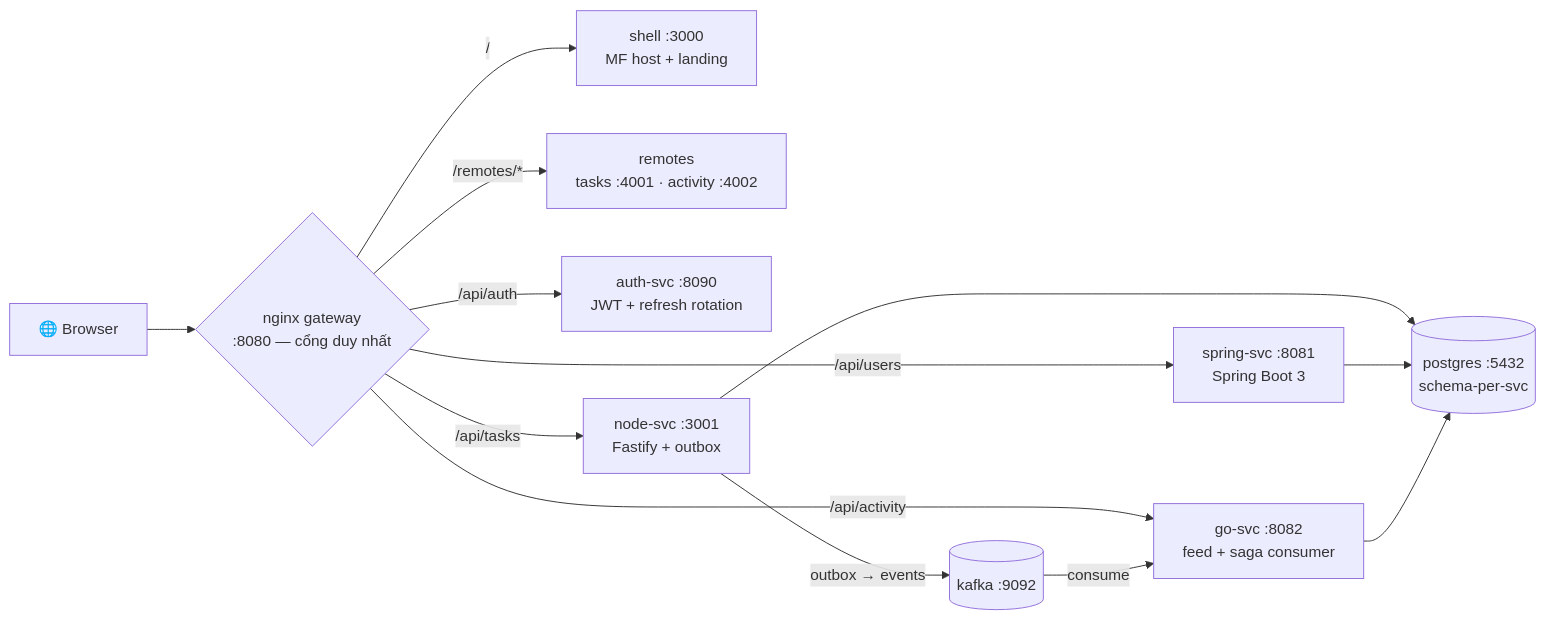
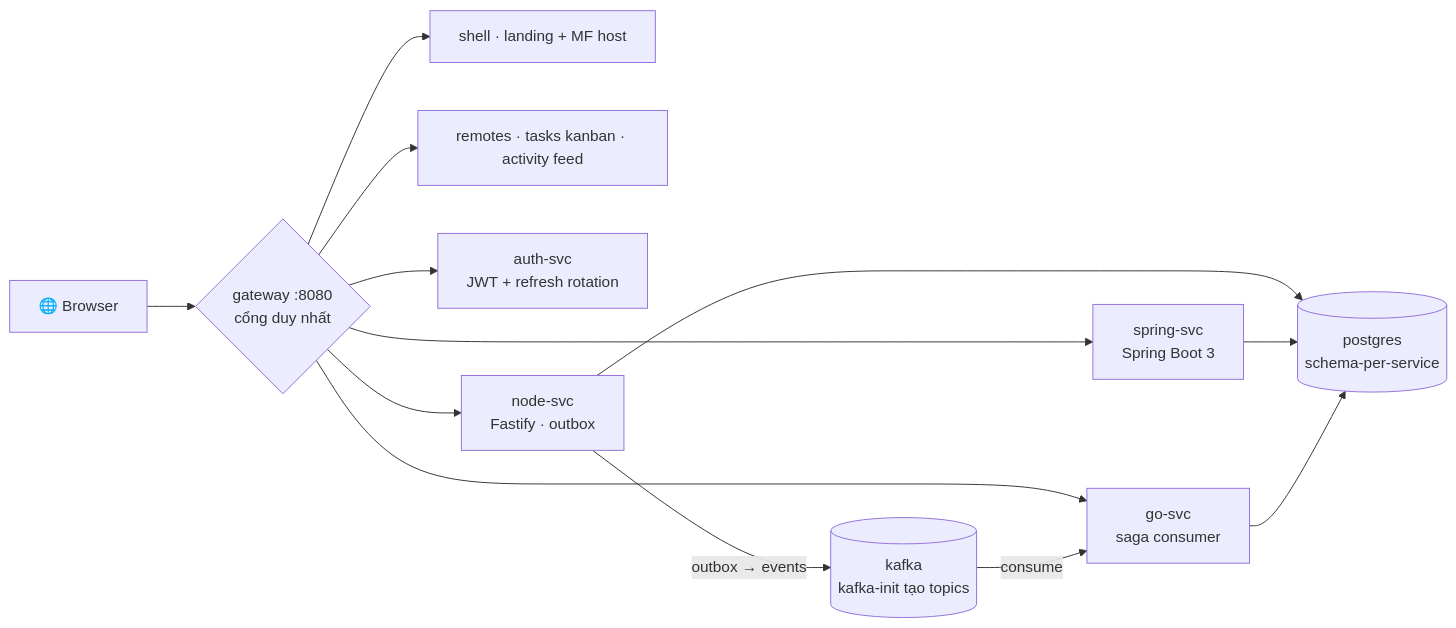
Before and after one commit to wakii-dev/microservice_microfrontend_starter: the diagram in README.md, drawn with Mermaid. The commit also changed other lines of this file and 3 other files, not shown here.

````diff
--- a/README.md
+++ b/README.md
@@ -37,13 +62,13 @@
 ```mermaid
 graph LR
-    B["🌐 Browser"] --> GW{"nginx gateway<br/>:8080 — cổng duy nhất"}
-    GW -- "/" --> SH["shell :3000<br/>MF host + landing"]
-    GW -- "/remotes/*" --> RM["remotes<br/>tasks :4001 · activity :4002"]
-    GW -- "/api/auth" --> AU["auth-svc :8090<br/>JWT + refresh rotation"]
-    GW -- "/api/tasks" --> ND["node-svc :3001<br/>Fastify + outbox"]
-    GW -- "/api/users" --> SP["spring-svc :8081<br/>Spring Boot 3"]
-    GW -- "/api/activity" --> GO["go-svc :8082<br/>feed + saga consumer"]
-    ND -- "outbox → events" --> K[("kafka :9092")]
+    B["🌐 Browser"] --> GW{"gateway :8080<br/>cổng duy nhất"}
+    GW --> SH["shell · landing + MF host"]
+    GW --> RM["remotes · tasks kanban · activity feed"]
+    GW --> AU["auth-svc<br/>JWT + refresh rotation"]
+    GW --> ND["node-svc<br/>Fastify · outbox"]
+    GW --> SP["spring-svc<br/>Spring Boot 3"]
+    GW --> GO["go-svc<br/>saga consumer"]
+    ND -- "outbox → events" --> K[("kafka<br/>kafka-init tạo topics")]
     K -- "consume" --> GO
-    ND & SP & GO --> PG[("postgres :5432<br/>schema-per-svc")]
+    ND & SP & GO --> PG[("postgres<br/>schema-per-service")]
 ```
````
